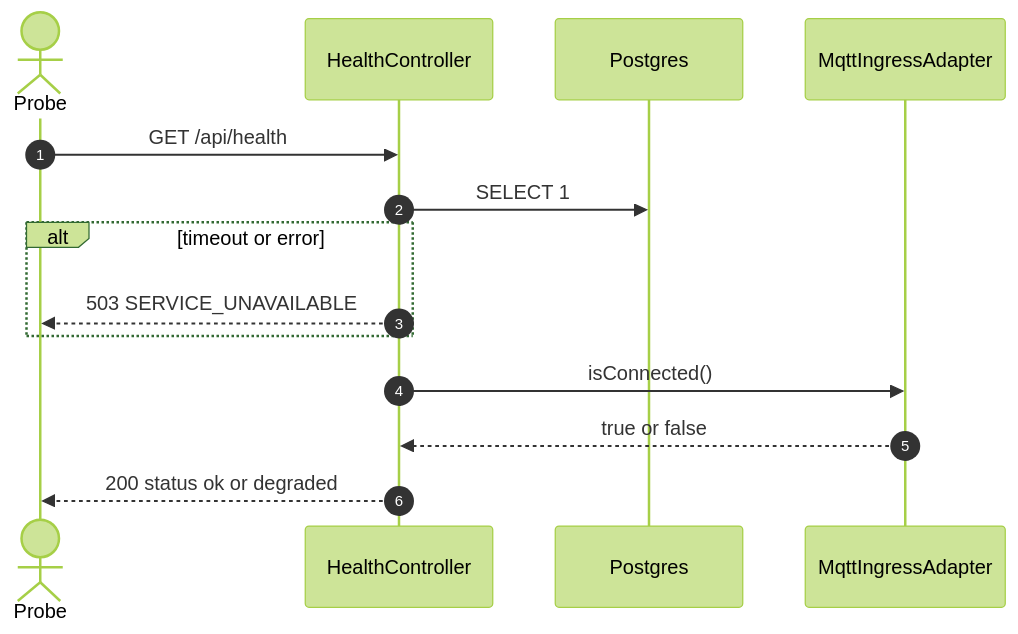
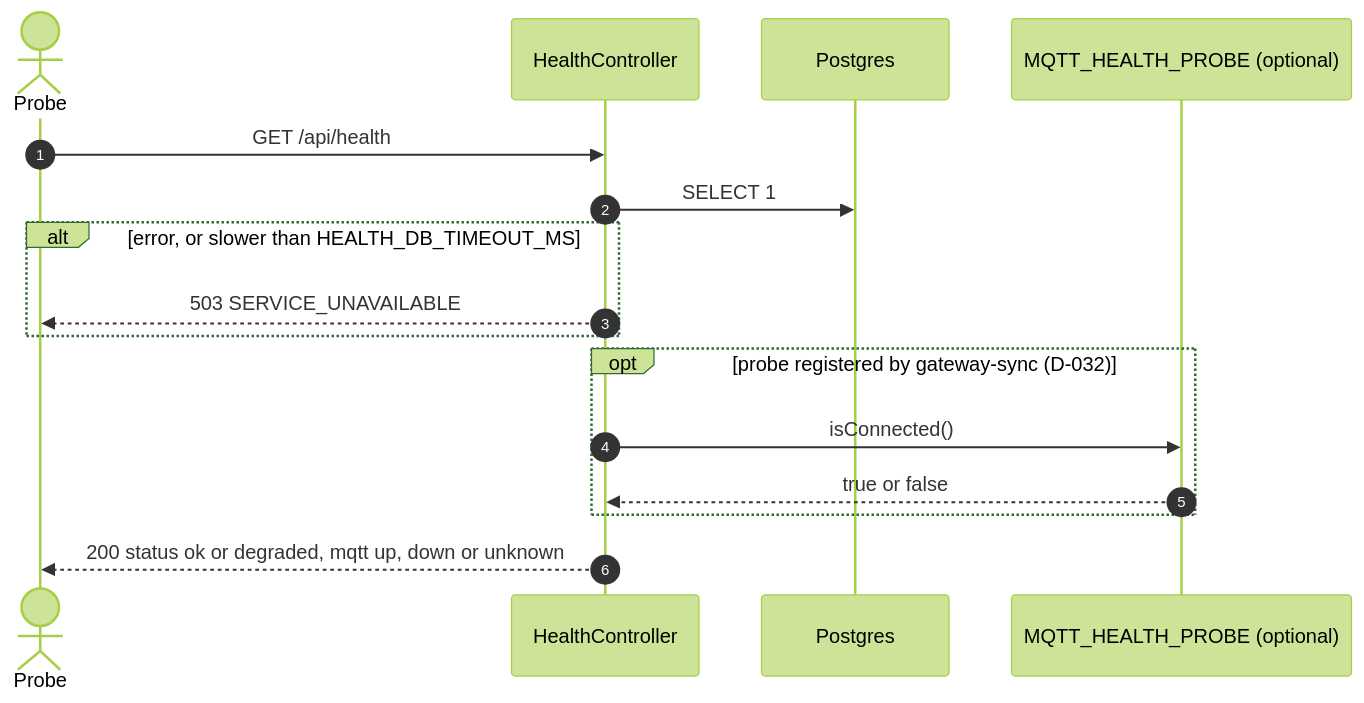
Before and after one commit to TrekLink-Team/treklink-web: the second of 2 diagrams in specs/platform/api-design/01-get-health.md, drawn with Mermaid (forest theme). The commit also changed other lines of this file and 30 other files, not shown here.

First line of the commit message:
feat(TK-90): add the public health endpoint and an error code on every failure (#17)

````diff
--- a/specs/platform/api-design/01-get-health.md
+++ b/specs/platform/api-design/01-get-health.md
@@ -98,16 +104,18 @@
 ```mermaid
 sequenceDiagram
     autonumber
     actor Probe
     participant Controller as HealthController
     participant DB as Postgres
-    participant MQ as MqttIngressAdapter
+    participant MQ as MQTT_HEALTH_PROBE (optional)
     Probe->>Controller: GET /api/health
     Controller->>DB: SELECT 1
-    alt timeout or error
+    alt error, or slower than HEALTH_DB_TIMEOUT_MS
       Controller-->>Probe: 503 SERVICE_UNAVAILABLE
     end
-    Controller->>MQ: isConnected()
-    MQ-->>Controller: true or false
-    Controller-->>Probe: 200 status ok or degraded
+    opt probe registered by gateway-sync (D-032)
+      Controller->>MQ: isConnected()
+      MQ-->>Controller: true or false
+    end
+    Controller-->>Probe: 200 status ok or degraded, mqtt up, down or unknown
 ```
````
